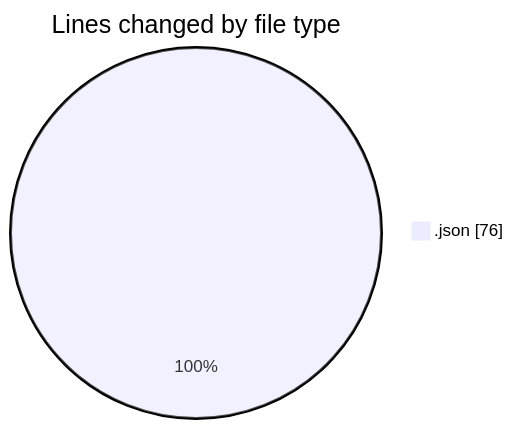
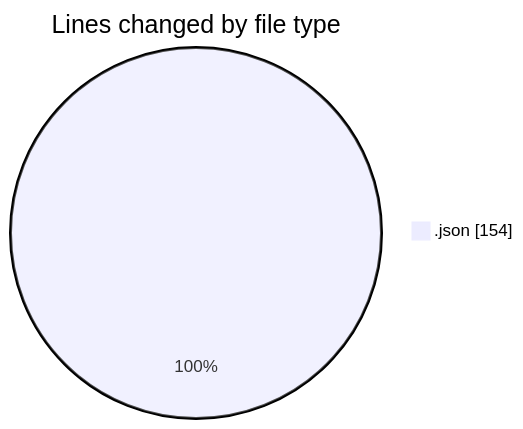
The first of 2 diagrams in 2026-08-22/mono-test/README.md (yexinjia/code-tracking), drawn with Mermaid before and after one commit. The commit also changed other lines of this file and 1 other file, not shown here.

````diff
--- a/2026-08-22/mono-test/README.md
+++ b/2026-08-22/mono-test/README.md
@@ -20,5 +21,5 @@
 ```mermaid
 pie showData
 title Lines changed by file type
-".json" : 76
+".json" : 154
 ```
````
